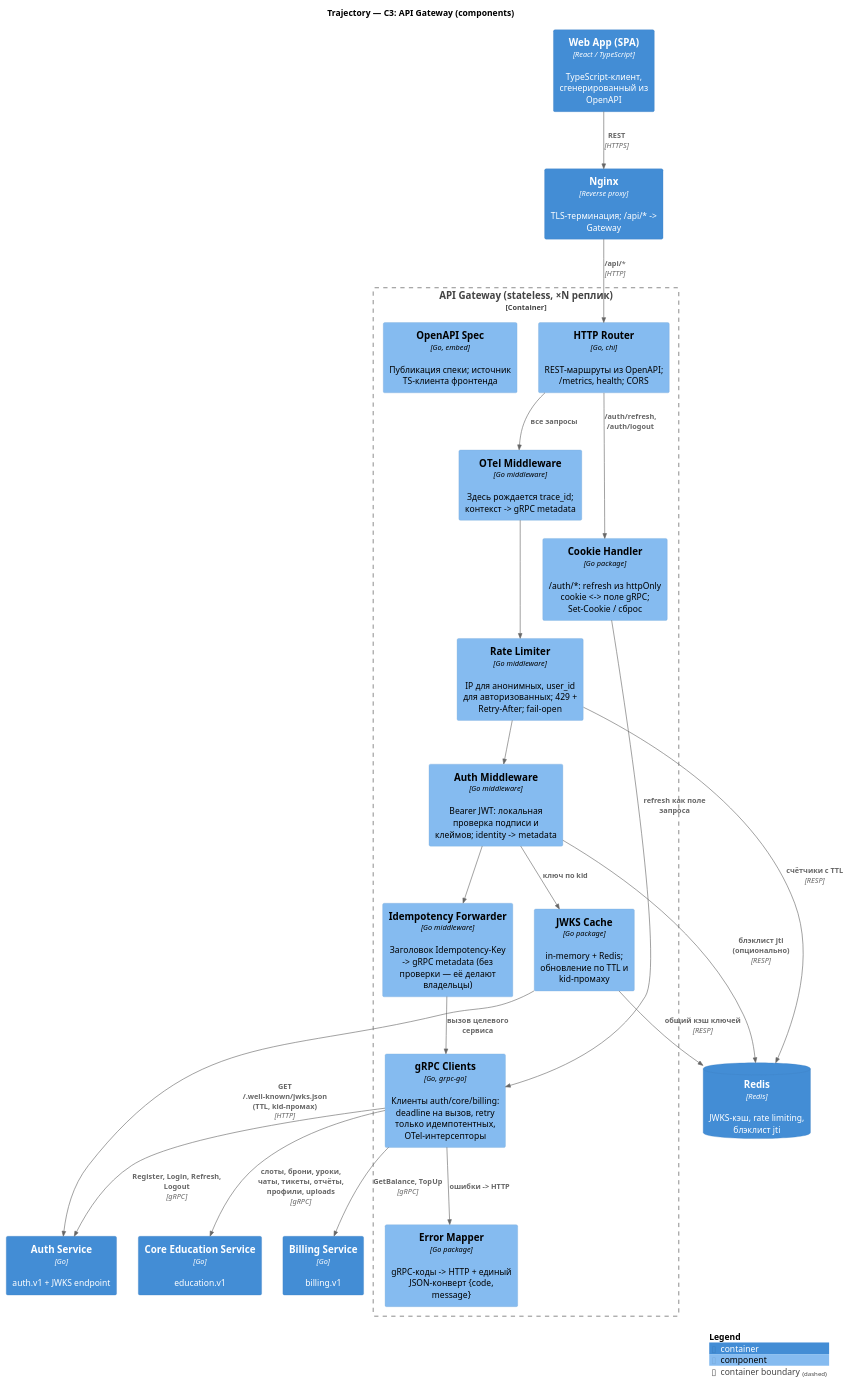
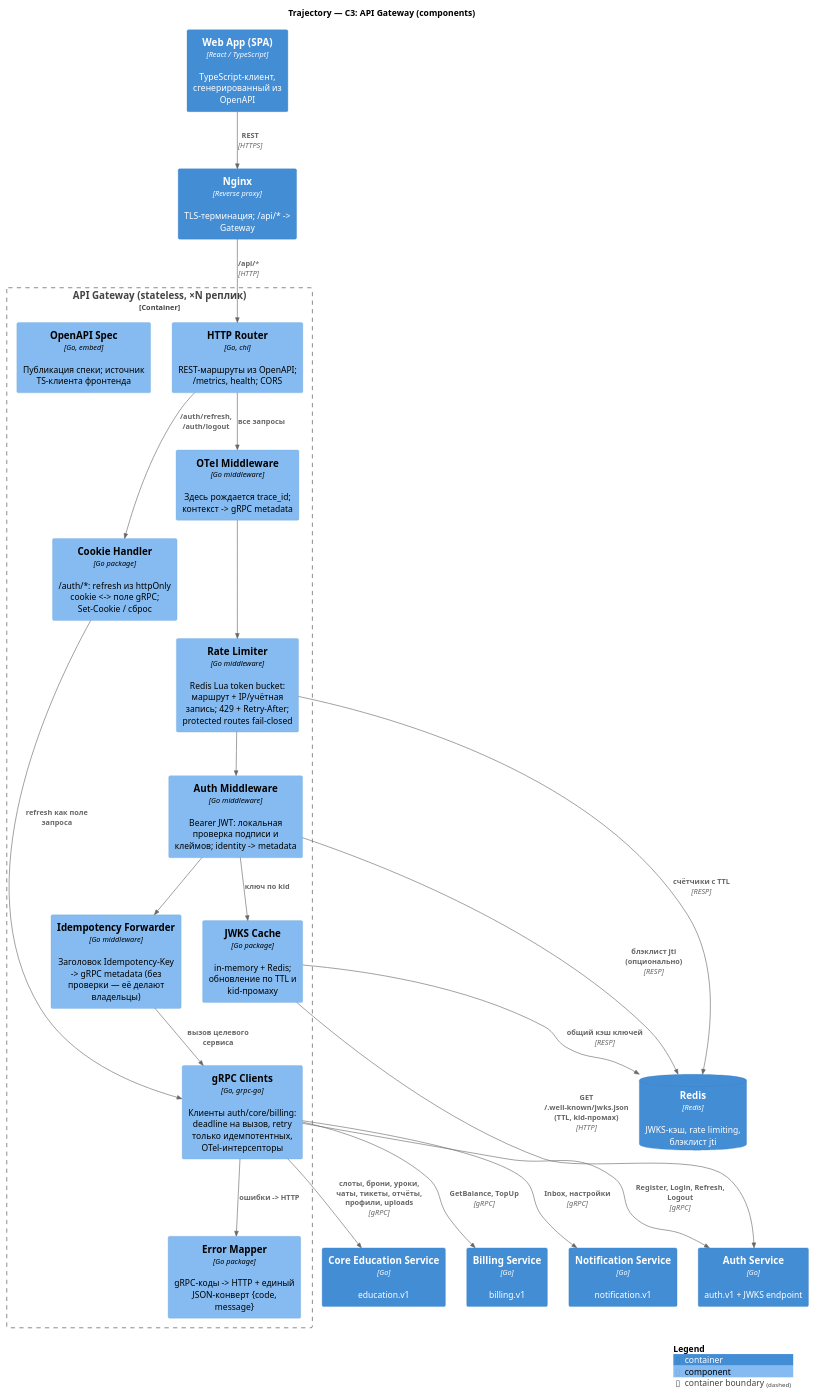
One commit to trajectory-platform/architeture changed the diagram in docs/diagrams/c4/c3-api-gateway.puml. Above: the diagram before and after it, drawn with PlantUML. The commit also changed 25 other files, not shown here.

```diff
--- a/docs/diagrams/c4/c3-api-gateway.puml
+++ b/docs/diagrams/c4/c3-api-gateway.puml
@@ -1,50 +1,52 @@
 @startuml c3-api-gateway
 !include <C4/C4_Component>
 
 title Trajectory — C3: API Gateway (components)
 
 Container(nginx, "Nginx", "Reverse proxy", "TLS-терминация; /api/* -> Gateway")
 Container(spa, "Web App (SPA)", "React / TypeScript", "TypeScript-клиент, сгенерированный из OpenAPI")
 Container(auth, "Auth Service", "Go", "auth.v1 + JWKS endpoint")
 Container(core, "Core Education Service", "Go", "education.v1")
 Container(billing, "Billing Service", "Go", "billing.v1")
+Container(notification, "Notification Service", "Go", "notification.v1")
 ContainerDb(redis, "Redis", "Redis", "JWKS-кэш, rate limiting, блэклист jti")
 
 Container_Boundary(gateway, "API Gateway (stateless, ×N реплик)") {
     Component(router, "HTTP Router", "Go, chi", "REST-маршруты из OpenAPI; /metrics, health; CORS")
     Component(otel_mw, "OTel Middleware", "Go middleware", "Здесь рождается trace_id; контекст -> gRPC metadata")
     Component(auth_mw, "Auth Middleware", "Go middleware", "Bearer JWT: локальная проверка подписи и клеймов; identity -> metadata")
     Component(jwks_cache, "JWKS Cache", "Go package", "in-memory + Redis; обновление по TTL и kid-промаху")
-    Component(ratelimit, "Rate Limiter", "Go middleware", "IP для анонимных, user_id для авторизованных; 429 + Retry-After; fail-open")
+    Component(ratelimit, "Rate Limiter", "Go middleware", "Redis Lua token bucket: маршрут + IP/учётная запись; 429 + Retry-After; protected routes fail-closed")
     Component(idem_mw, "Idempotency Forwarder", "Go middleware", "Заголовок Idempotency-Key -> gRPC metadata (без проверки — её делают владельцы)")
     Component(cookie, "Cookie Handler", "Go package", "/auth/*: refresh из httpOnly cookie <-> поле gRPC; Set-Cookie / сброс")
     Component(grpc_clients, "gRPC Clients", "Go, grpc-go", "Клиенты auth/core/billing: deadline на вызов, retry только идемпотентных, OTel-интерсепторы")
     Component(err_mapper, "Error Mapper", "Go package", "gRPC-коды -> HTTP + единый JSON-конверт {code, message}")
     Component(openapi, "OpenAPI Spec", "Go, embed", "Публикация спеки; источник TS-клиента фронтенда")
 }
 
 Rel(spa, nginx, "REST", "HTTPS")
 Rel(nginx, router, "/api/*", "HTTP")
 
 Rel(router, otel_mw, "все запросы")
 Rel(otel_mw, ratelimit, "")
 Rel(ratelimit, auth_mw, "")
 Rel(auth_mw, idem_mw, "")
 Rel(idem_mw, grpc_clients, "вызов целевого сервиса")
 
 Rel(auth_mw, jwks_cache, "ключ по kid")
 Rel(jwks_cache, auth, "GET /.well-known/jwks.json (TTL, kid-промах)", "HTTP")
 Rel(jwks_cache, redis, "общий кэш ключей", "RESP")
 Rel(auth_mw, redis, "блэклист jti (опционально)", "RESP")
 Rel(ratelimit, redis, "счётчики с TTL", "RESP")
 
 Rel(router, cookie, "/auth/refresh, /auth/logout")
 Rel(cookie, grpc_clients, "refresh как поле запроса")
 
 Rel(grpc_clients, auth, "Register, Login, Refresh, Logout", "gRPC")
 Rel(grpc_clients, core, "слоты, брони, уроки, чаты, тикеты, отчёты, профили, uploads", "gRPC")
 Rel(grpc_clients, billing, "GetBalance, TopUp", "gRPC")
+Rel(grpc_clients, notification, "Inbox, настройки", "gRPC")
 Rel(grpc_clients, err_mapper, "ошибки -> HTTP")
 
 SHOW_LEGEND()
 @enduml
```
